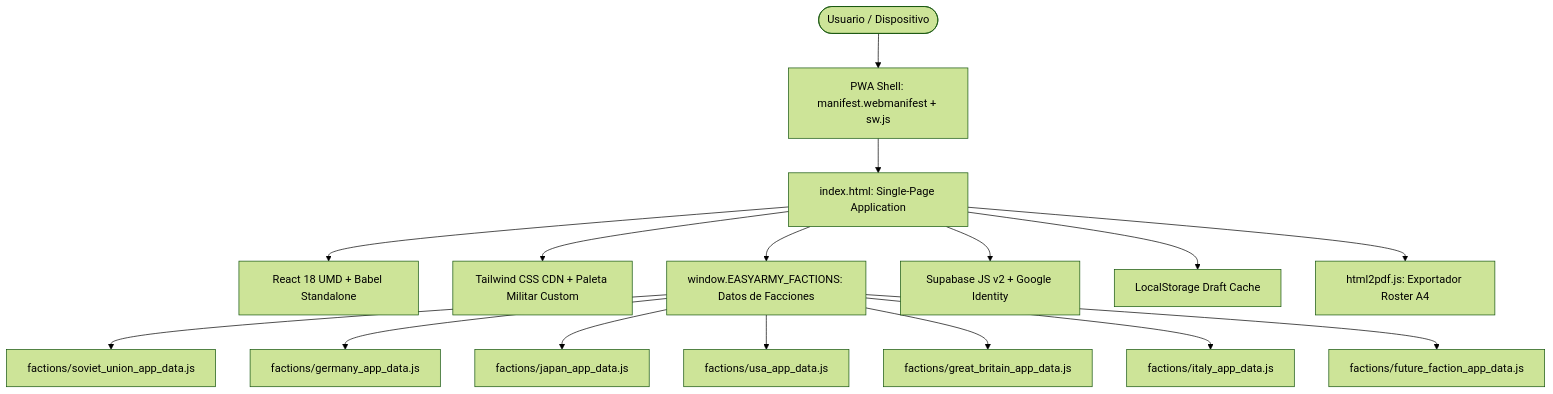
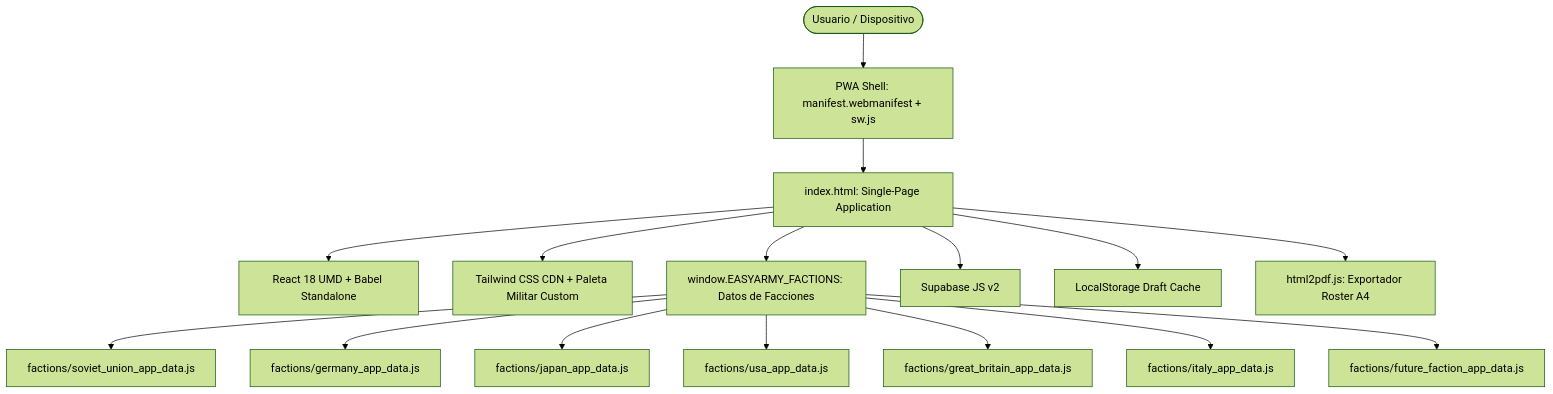
Before and after one commit to miguelefvlc/ARMYMAKER: the diagram in PROJECT_MANUAL.md, drawn with Mermaid (forest theme). The commit also changed other lines of this file and 3 other files, not shown here.

````diff
--- a/PROJECT_MANUAL.md
+++ b/PROJECT_MANUAL.md
@@ -23,18 +23,18 @@
 ```mermaid
 graph TD
     User([Usuario / Dispositivo]) --> PWA[PWA Shell: manifest.webmanifest + sw.js]
     PWA --> Index[index.html: Single-Page Application]
     Index --> ReactCore[React 18 UMD + Babel Standalone]
     Index --> TailwindCDN[Tailwind CSS CDN + Paleta Militar Custom]
     Index --> FactionsRegistry[window.EASYARMY_FACTIONS: Datos de Facciones]
     FactionsRegistry --> FactionSov[factions/soviet_union_app_data.js]
     FactionsRegistry --> FactionGer[factions/germany_app_data.js]
     FactionsRegistry --> FactionJap[factions/japan_app_data.js]
     FactionsRegistry --> FactionUSA[factions/usa_app_data.js]
     FactionsRegistry --> FactionGB[factions/great_britain_app_data.js]
     FactionsRegistry --> FactionIta[factions/italy_app_data.js]
     FactionsRegistry --> FactionFuture[factions/future_faction_app_data.js]
-    Index --> SupabaseClient[Supabase JS v2 + Google Identity]
+    Index --> SupabaseClient[Supabase JS v2]
     Index --> LocalStorage[LocalStorage Draft Cache]
     Index --> Html2Pdf[html2pdf.js: Exportador Roster A4]
 ```
````
